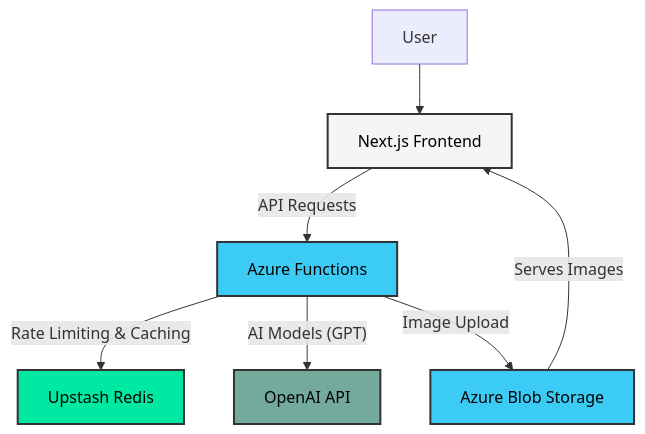
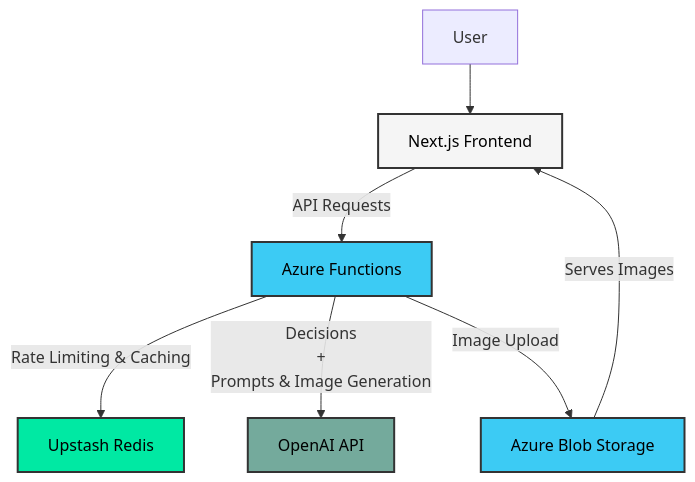
Before and after one commit to nabarvn/imagen: the diagram in README.md, drawn with Mermaid. The commit also changed other lines of this file, not shown here.

Commit message:
Update the README heading, introduction, and OpenAI diagram label

````diff
--- a/README.md
+++ b/README.md
@@ -34,15 +34,15 @@
 ```mermaid
 graph TD
     User --> Frontend[Next.js Frontend];
     Frontend -- "API Requests" --> Backend[Azure Functions];
     Backend -- "Rate Limiting & Caching" --> Redis[Upstash Redis];
-    Backend -- "AI Models (GPT)" --> OpenAI[OpenAI API];
+    Backend -- "Decisions<br>+<br>Prompts&nbsp;&amp;&nbsp;Image&nbsp;Generation" --> OpenAI[OpenAI API];
     Backend -- "Image Upload" --> Storage[Azure Blob Storage];
     Storage -- "Serves Images" --> Frontend;
 
     style Frontend fill:#F5F5F5,color:#000,stroke:#333,stroke-width:2px;
     style Backend fill:#3CCBF4,color:#000,stroke:#333,stroke-width:2px;
     style Redis fill:#00E9A3,color:#000,stroke:#333,stroke-width:2px;
     style OpenAI fill:#74AA9C,color:#000,stroke:#333,stroke-width:2px;
     style Storage fill:#3CCBF4,color:#000,stroke:#333,stroke-width:2px;
 ```
````
